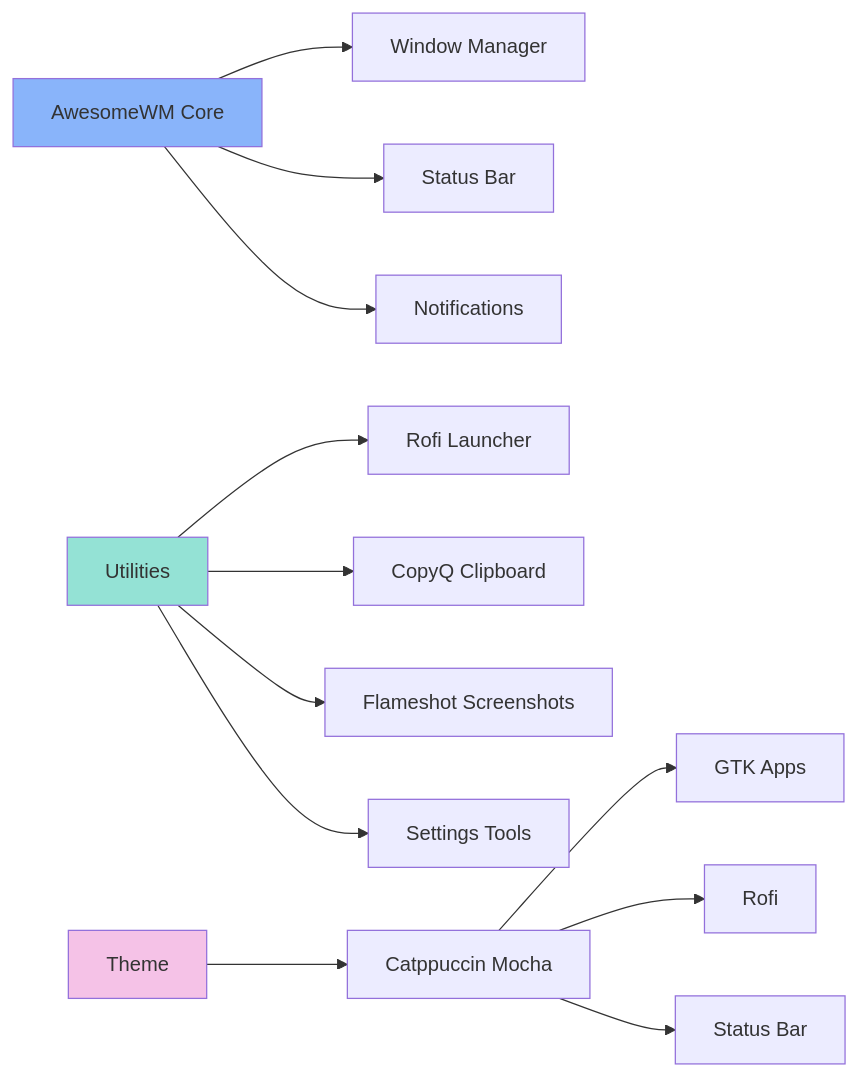
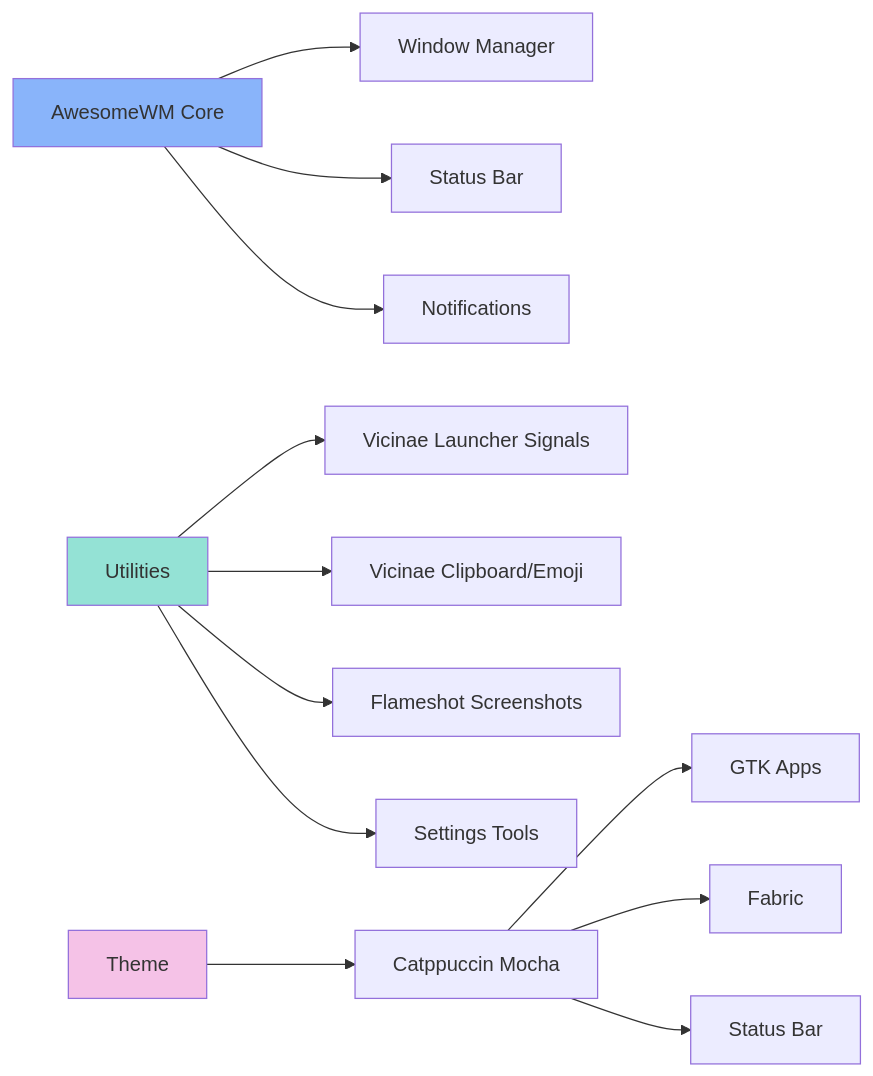
The second of 4 diagrams in dotfiles/roles/awesomewm/README.md (uarslandev/infra), drawn with Mermaid before and after one commit. The commit also changed other lines of this file and 11 other files, not shown here.

````diff
--- a/dotfiles/roles/awesomewm/README.md
+++ b/dotfiles/roles/awesomewm/README.md
@@ -89,20 +89,20 @@
 ```mermaid
 graph LR
     A[AwesomeWM Core] --> B[Window Manager]
     A --> C[Status Bar]
     A --> D[Notifications]
 
-    E[Utilities] --> F[Rofi Launcher]
-    E --> G[CopyQ Clipboard]
+    E[Utilities] --> F[Vicinae Launcher Signals]
+    E --> G[Vicinae Clipboard/Emoji]
     E --> H[Flameshot Screenshots]
     E --> I[Settings Tools]
 
     J[Theme] --> K[Catppuccin Mocha]
     K --> L[GTK Apps]
-    K --> M[Rofi]
+    K --> M[Fabric]
     K --> N[Status Bar]
 
     style A fill:#89b4fa
     style E fill:#94e2d5
     style J fill:#f5c2e7
 ```
````
